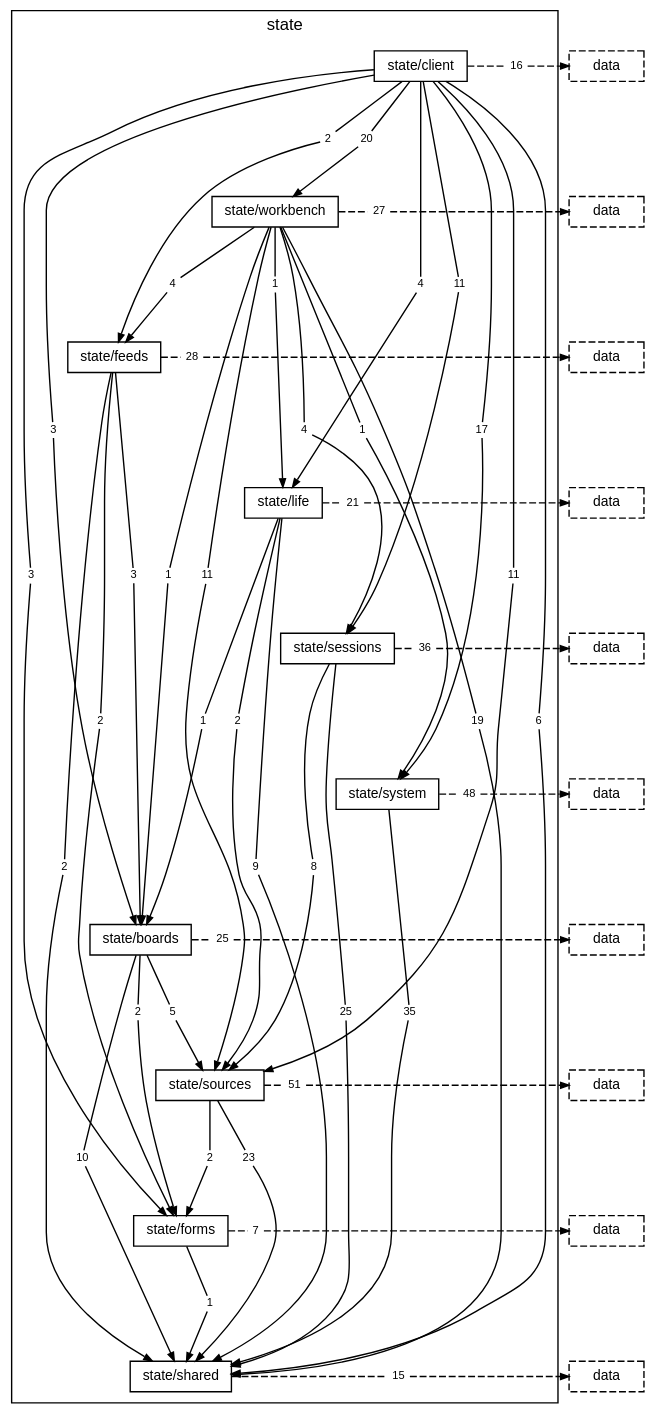
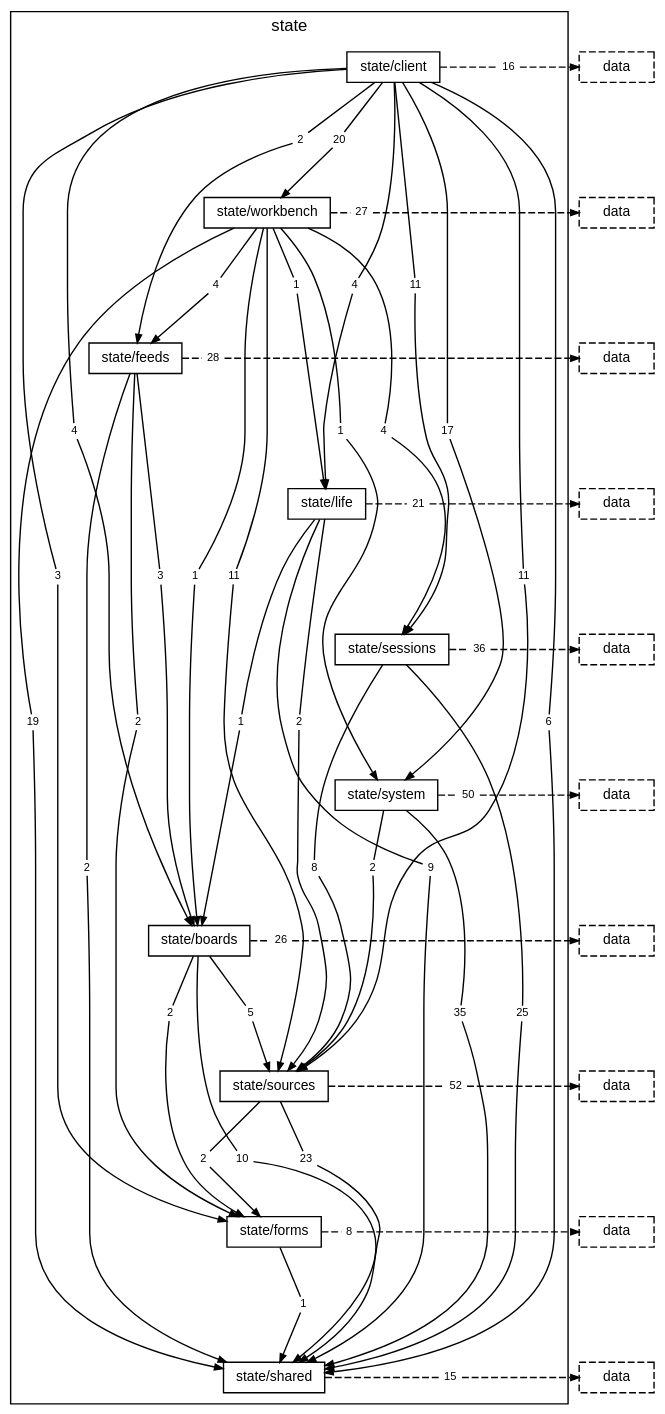
One commit to TheAxeC/oculus changed the diagram in docs/diagrams/layer-state.dot. Above: the diagram before and after it, drawn with Graphviz. The commit also changed 162 other files, not shown here.

```diff
--- a/docs/diagrams/layer-state.dot
+++ b/docs/diagrams/layer-state.dot
@@ -14,7 +14,7 @@
         "folder state/sources" [label="state/sources"];
         "folder state/forms" [label="state/forms"];
         "folder state/shared" [label="state/shared"];
-        "folder state/client to folder state/boards" [label="3", shape=box, color="transparent", fontsize=8, width=0, height=0, margin="0.04,0.02"];
+        "folder state/client to folder state/boards" [label="4", shape=box, color="transparent", fontsize=8, width=0, height=0, margin="0.04,0.02"];
         "folder state/client to folder state/feeds" [label="2", shape=box, color="transparent", fontsize=8, width=0, height=0, margin="0.04,0.02"];
         "folder state/client to folder state/forms" [label="3", shape=box, color="transparent", fontsize=8, width=0, height=0, margin="0.04,0.02"];
         "folder state/client to folder state/life" [label="4", shape=box, color="transparent", fontsize=8, width=0, height=0, margin="0.04,0.02"];
@@ -44,16 +44,17 @@
         "folder state/sessions to folder state/sources" [label="8", shape=box, color="transparent", fontsize=8, width=0, height=0, margin="0.04,0.02"];
         "folder state/sessions to layer data" [label="36", shape=box, color="transparent", fontsize=8, width=0, height=0, margin="0.04,0.02"];
         "folder state/system to folder state/shared" [label="35", shape=box, color="transparent", fontsize=8, width=0, height=0, margin="0.04,0.02"];
-        "folder state/system to layer data" [label="48", shape=box, color="transparent", fontsize=8, width=0, height=0, margin="0.04,0.02"];
+        "folder state/system to folder state/sources" [label="2", shape=box, color="transparent", fontsize=8, width=0, height=0, margin="0.04,0.02"];
+        "folder state/system to layer data" [label="50", shape=box, color="transparent", fontsize=8, width=0, height=0, margin="0.04,0.02"];
         "folder state/boards to folder state/forms" [label="2", shape=box, color="transparent", fontsize=8, width=0, height=0, margin="0.04,0.02"];
         "folder state/boards to folder state/shared" [label="10", shape=box, color="transparent", fontsize=8, width=0, height=0, margin="0.04,0.02"];
         "folder state/boards to folder state/sources" [label="5", shape=box, color="transparent", fontsize=8, width=0, height=0, margin="0.04,0.02"];
-        "folder state/boards to layer data" [label="25", shape=box, color="transparent", fontsize=8, width=0, height=0, margin="0.04,0.02"];
+        "folder state/boards to layer data" [label="26", shape=box, color="transparent", fontsize=8, width=0, height=0, margin="0.04,0.02"];
         "folder state/sources to folder state/forms" [label="2", shape=box, color="transparent", fontsize=8, width=0, height=0, margin="0.04,0.02"];
         "folder state/sources to folder state/shared" [label="23", shape=box, color="transparent", fontsize=8, width=0, height=0, margin="0.04,0.02"];
-        "folder state/sources to layer data" [label="51", shape=box, color="transparent", fontsize=8, width=0, height=0, margin="0.04,0.02"];
+        "folder state/sources to layer data" [label="52", shape=box, color="transparent", fontsize=8, width=0, height=0, margin="0.04,0.02"];
         "folder state/forms to folder state/shared" [label="1", shape=box, color="transparent", fontsize=8, width=0, height=0, margin="0.04,0.02"];
-        "folder state/forms to layer data" [label="7", shape=box, color="transparent", fontsize=8, width=0, height=0, margin="0.04,0.02"];
+        "folder state/forms to layer data" [label="8", shape=box, color="transparent", fontsize=8, width=0, height=0, margin="0.04,0.02"];
         "folder state/shared to layer data" [label="15", shape=box, color="transparent", fontsize=8, width=0, height=0, margin="0.04,0.02"];
     }
     "layer data from folder state/client" [label="data", style=dashed];
@@ -140,6 +141,8 @@
     { rank=same; "folder state/sessions"; "folder state/sessions to layer data"; "layer data from folder state/sessions"; }
     "folder state/system" -> "folder state/system to folder state/shared" [arrowhead=none, minlen=3, weight=10];
     "folder state/system to folder state/shared" -> "folder state/shared" [];
+    "folder state/system" -> "folder state/system to folder state/sources" [arrowhead=none, minlen=1, weight=10];
+    "folder state/system to folder state/sources" -> "folder state/sources" [];
     "folder state/system" -> "folder state/system to layer data" [arrowhead=none, style=dashed];
     "folder state/system to layer data" -> "layer data from folder state/system" [style=dashed];
     { rank=same; "folder state/system"; "folder state/system to layer data"; "layer data from folder state/system"; }
```
